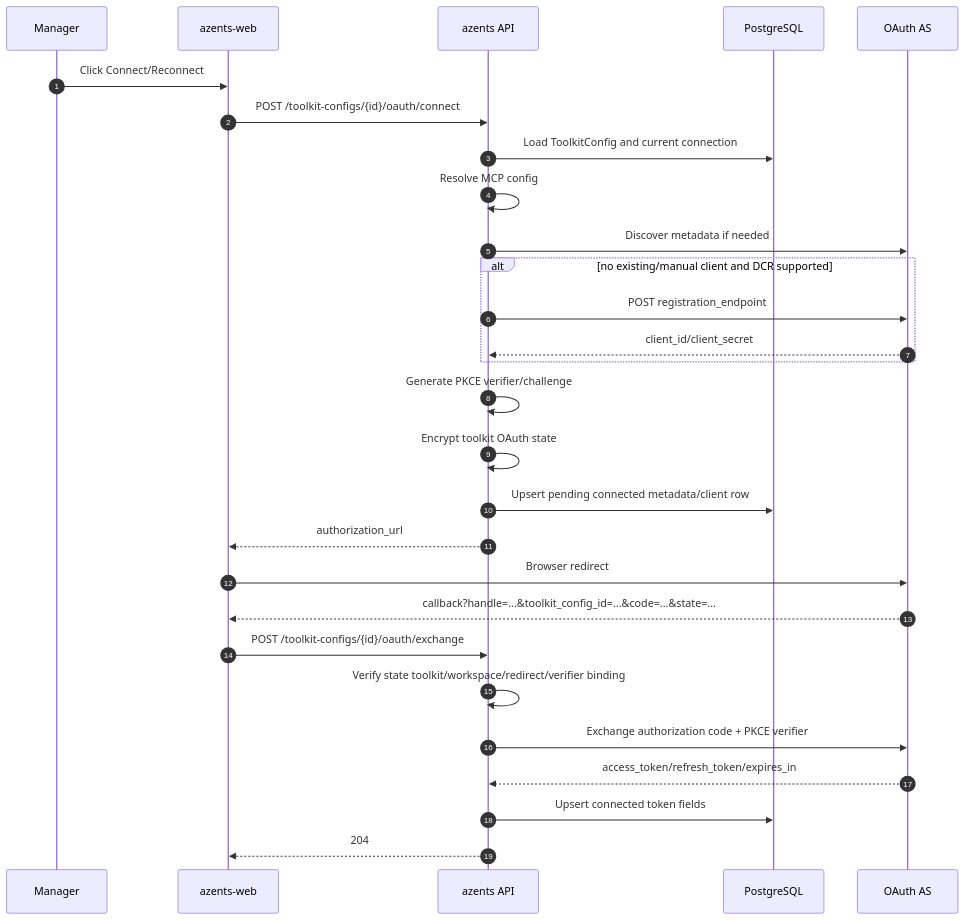
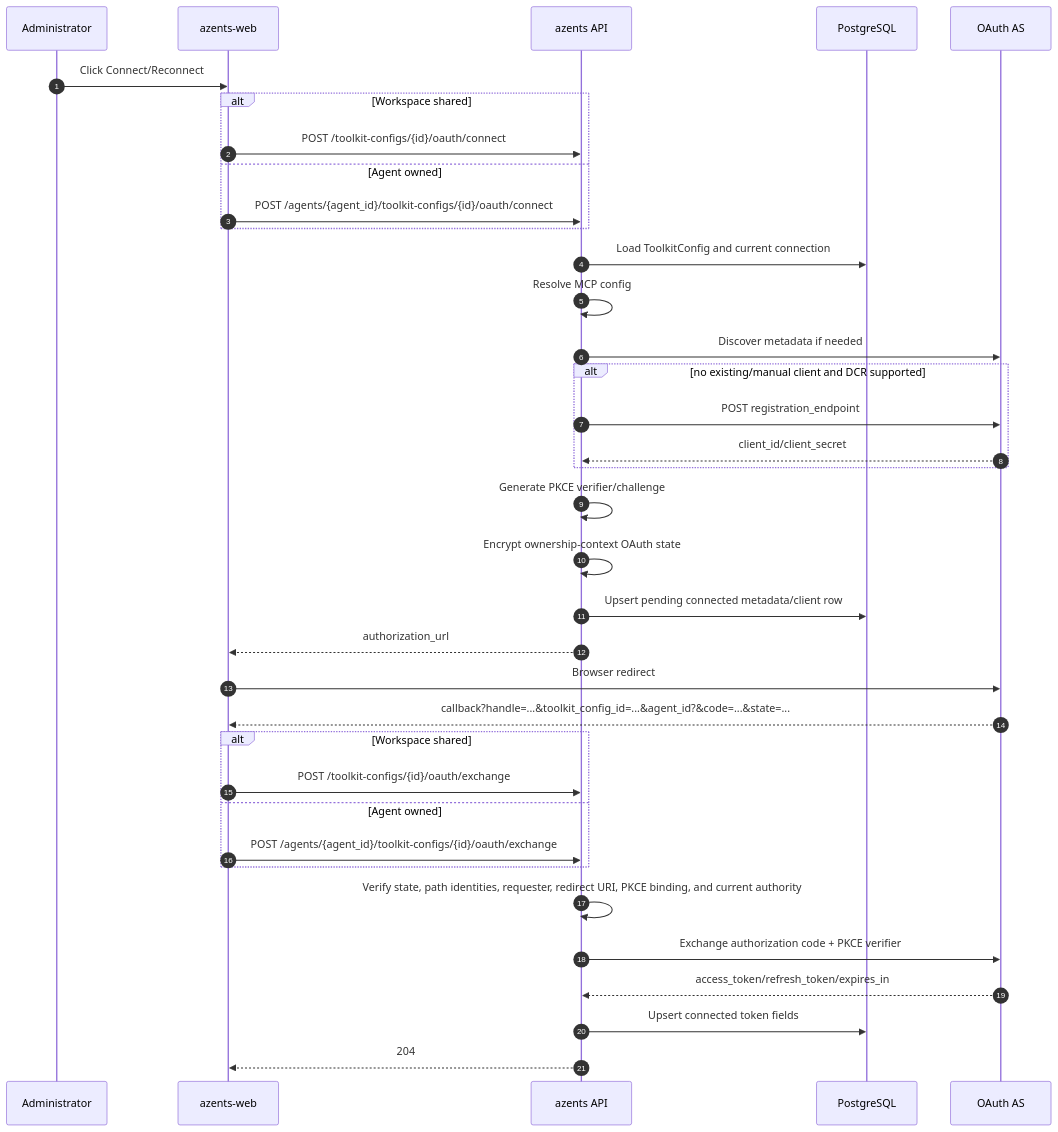
The first of 2 diagrams in docs/azents/spec/flow/mcp-oauth.md (azents/azents), drawn with Mermaid before and after one commit. The commit also changed other lines of this file and 37 other files, not shown here.

Commit message:
Add agent-scoped toolkit management product flow

````diff
--- a/docs/azents/spec/flow/mcp-oauth.md
+++ b/docs/azents/spec/flow/mcp-oauth.md
@@ -101,31 +103,39 @@
 ```mermaid
 sequenceDiagram
     autonumber
-    participant Manager
+    participant Administrator
     participant FE as azents-web
     participant API as azents API
     participant DB as PostgreSQL
     participant AS as OAuth AS
 
-    Manager->>FE: Click Connect/Reconnect
-    FE->>API: POST /toolkit-configs/{id}/oauth/connect
+    Administrator->>FE: Click Connect/Reconnect
+    alt Workspace shared
+        FE->>API: POST /toolkit-configs/{id}/oauth/connect
+    else Agent owned
+        FE->>API: POST /agents/{agent_id}/toolkit-configs/{id}/oauth/connect
+    end
     API->>DB: Load ToolkitConfig and current connection
     API->>API: Resolve MCP config
     API->>AS: Discover metadata if needed
     alt no existing/manual client and DCR supported
         API->>AS: POST registration_endpoint
         AS-->>API: client_id/client_secret
     end
     API->>API: Generate PKCE verifier/challenge
-    API->>API: Encrypt toolkit OAuth state
+    API->>API: Encrypt ownership-context OAuth state
     API->>DB: Upsert pending connected metadata/client row
     API-->>FE: authorization_url
     FE->>AS: Browser redirect
-    AS-->>FE: callback?handle=...&toolkit_config_id=...&code=...&state=...
-    FE->>API: POST /toolkit-configs/{id}/oauth/exchange
-    API->>API: Verify state toolkit/workspace/redirect/verifier binding
+    AS-->>FE: callback?handle=...&toolkit_config_id=...&agent_id?&code=...&state=...
+    alt Workspace shared
+        FE->>API: POST /toolkit-configs/{id}/oauth/exchange
+    else Agent owned
+        FE->>API: POST /agents/{agent_id}/toolkit-configs/{id}/oauth/exchange
+    end
+    API->>API: Verify state, path identities, requester, redirect URI, PKCE binding, and current authority
     API->>AS: Exchange authorization code + PKCE verifier
     AS-->>API: access_token/refresh_token/expires_in
     API->>DB: Upsert connected token fields
     API-->>FE: 204
 ```
````
